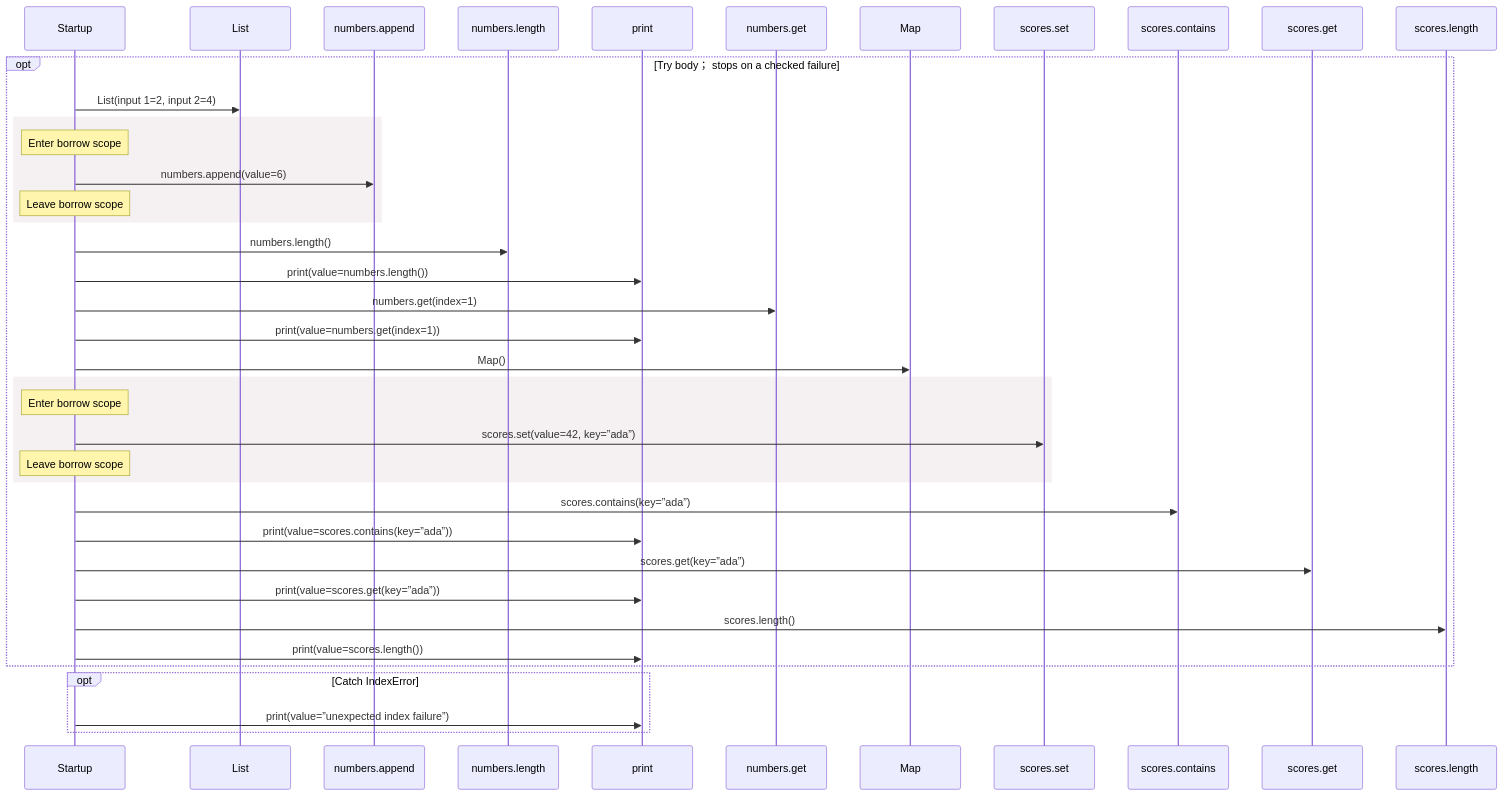
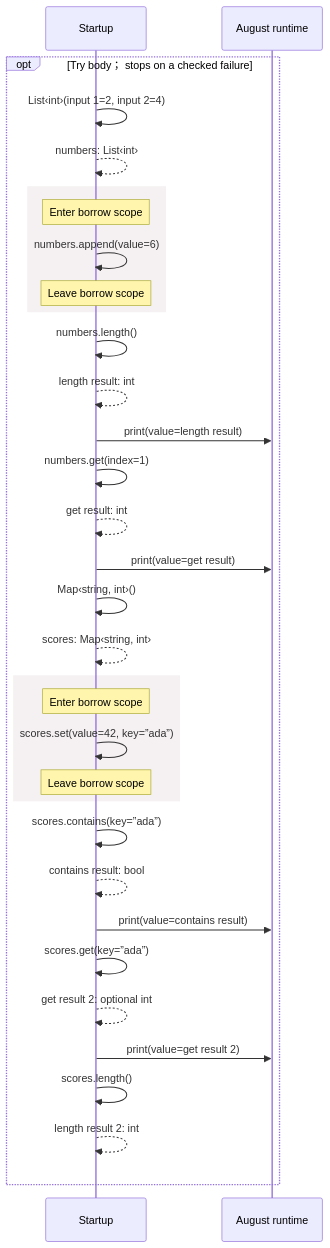
Before and after one commit to GreenPandaStudios/augscript: the first of 2 diagrams in docs/examples/collections/main-diagrams.md, drawn with Mermaid. The commit also changed other lines of this file and 304 other files, not shown here.

Commit message:
Make generated data-flow sequences concise and review every diagram

````diff
--- a/docs/examples/collections/main-diagrams.md
+++ b/docs/examples/collections/main-diagrams.md
@@ -28,41 +30,35 @@
 ```mermaid
 sequenceDiagram
     participant p0 as Startup
-    participant p1 as List
-    participant p2 as numbers.append
-    participant p3 as numbers.length
-    participant p4 as print
-    participant p5 as numbers.get
-    participant p6 as Map
-    participant p7 as scores.set
-    participant p8 as scores.contains
-    participant p9 as scores.get
-    participant p10 as scores.length
+    participant p1 as August runtime
     opt Try body； stops on a checked failure
-    p0->>p1: List(input 1=2, input 2=4)
+    p0->>p0: List‹int›(input 1=2, input 2=4)
+    p0-->>p0: numbers: List‹int›
     rect rgb(245, 240, 241)
     Note over p0: Enter borrow scope
-    p0->>p2: numbers.append(value=6)
+    p0->>p0: numbers.append(value=6)
     Note over p0: Leave borrow scope
     end
-    p0->>p3: numbers.length()
-    p0->>p4: print(value=numbers.length())
-    p0->>p5: numbers.get(index=1)
-    p0->>p4: print(value=numbers.get(index=1))
-    p0->>p6: Map()
+    p0->>p0: numbers.length()
+    p0-->>p0: length result: int
+    p0->>p1: print(value=length result)
+    p0->>p0: numbers.get(index=1)
+    p0-->>p0: get result: int
+    p0->>p1: print(value=get result)
+    p0->>p0: Map‹string, int›()
+    p0-->>p0: scores: Map‹string, int›
     rect rgb(245, 240, 241)
     Note over p0: Enter borrow scope
-    p0->>p7: scores.set(value=42, key=”ada”)
+    p0->>p0: scores.set(value=42, key=”ada”)
     Note over p0: Leave borrow scope
     end
-    p0->>p8: scores.contains(key=”ada”)
-    p0->>p4: print(value=scores.contains(key=”ada”))
-    p0->>p9: scores.get(key=”ada”)
-    p0->>p4: print(value=scores.get(key=”ada”))
-    p0->>p10: scores.length()
-    p0->>p4: print(value=scores.length())
-    end
-    opt Catch IndexError
-    p0->>p4: print(value=”unexpected index failure”)
+    p0->>p0: scores.contains(key=”ada”)
+    p0-->>p0: contains result: bool
+    p0->>p1: print(value=contains result)
+    p0->>p0: scores.get(key=”ada”)
+    p0-->>p0: get result 2: optional int
+    p0->>p1: print(value=get result 2)
+    p0->>p0: scores.length()
+    p0-->>p0: length result 2: int
     end
 ```
````
